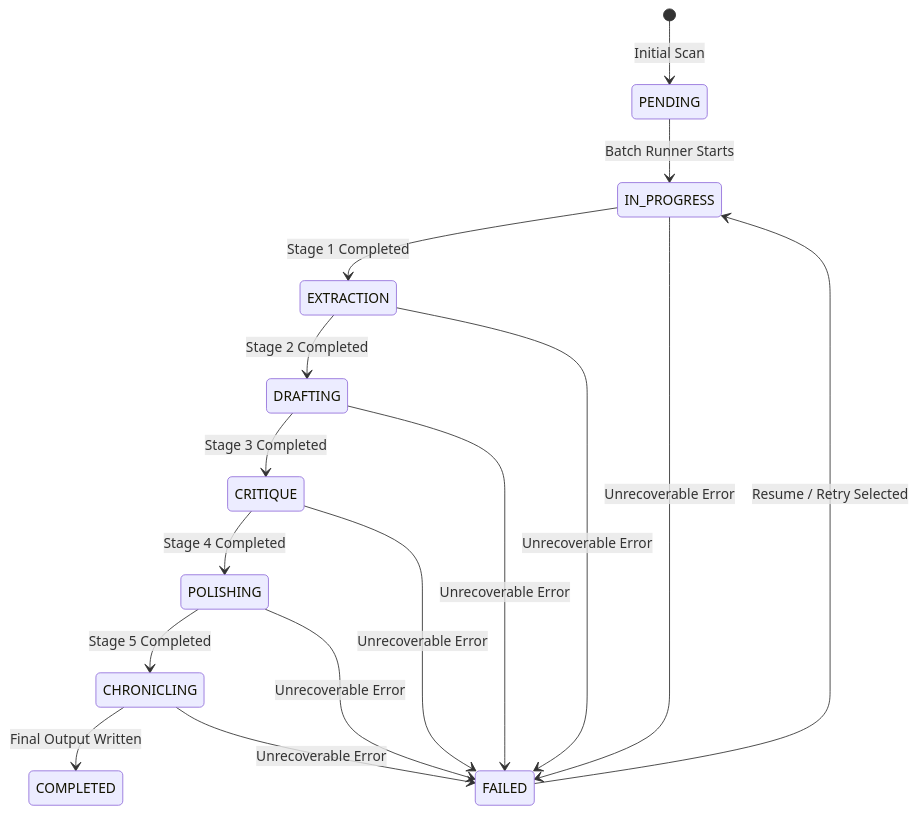
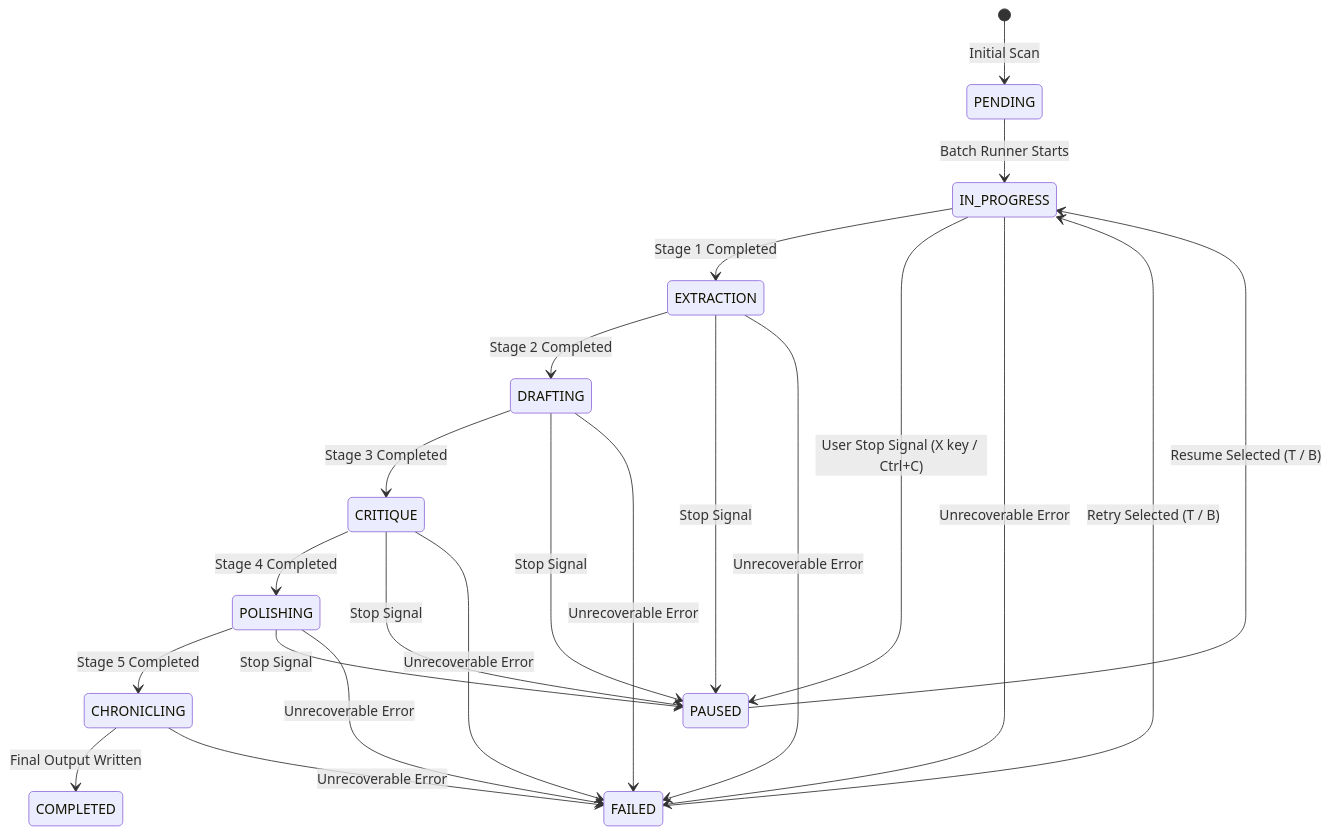
The second of 2 diagrams in doc/storage_and_checkpoints.md (Checkmartyr/NouSetsu), drawn with Mermaid before and after one commit. The commit also changed other lines of this file and 4 other files, not shown here.

````diff
--- a/doc/storage_and_checkpoints.md
+++ b/doc/storage_and_checkpoints.md
@@ -80,20 +80,27 @@
 ```mermaid
 stateDiagram-v2
     [*] --> PENDING: Initial Scan
     PENDING --> IN_PROGRESS: Batch Runner Starts
     IN_PROGRESS --> EXTRACTION: Stage 1 Completed
     EXTRACTION --> DRAFTING: Stage 2 Completed
     DRAFTING --> CRITIQUE: Stage 3 Completed
     CRITIQUE --> POLISHING: Stage 4 Completed
     POLISHING --> CHRONICLING: Stage 5 Completed
     CHRONICLING --> COMPLETED: Final Output Written
     
+    IN_PROGRESS --> PAUSED: User Stop Signal (X key / Ctrl+C)
+    EXTRACTION --> PAUSED: Stop Signal
+    DRAFTING --> PAUSED: Stop Signal
+    CRITIQUE --> PAUSED: Stop Signal
+    POLISHING --> PAUSED: Stop Signal
+    PAUSED --> IN_PROGRESS: Resume Selected (T / B)
+
     IN_PROGRESS --> FAILED: Unrecoverable Error
     EXTRACTION --> FAILED: Unrecoverable Error
     DRAFTING --> FAILED: Unrecoverable Error
     CRITIQUE --> FAILED: Unrecoverable Error
     POLISHING --> FAILED: Unrecoverable Error
     CHRONICLING --> FAILED: Unrecoverable Error
     
-    FAILED --> IN_PROGRESS: Resume / Retry Selected
+    FAILED --> IN_PROGRESS: Retry Selected (T / B)
 ```
````
